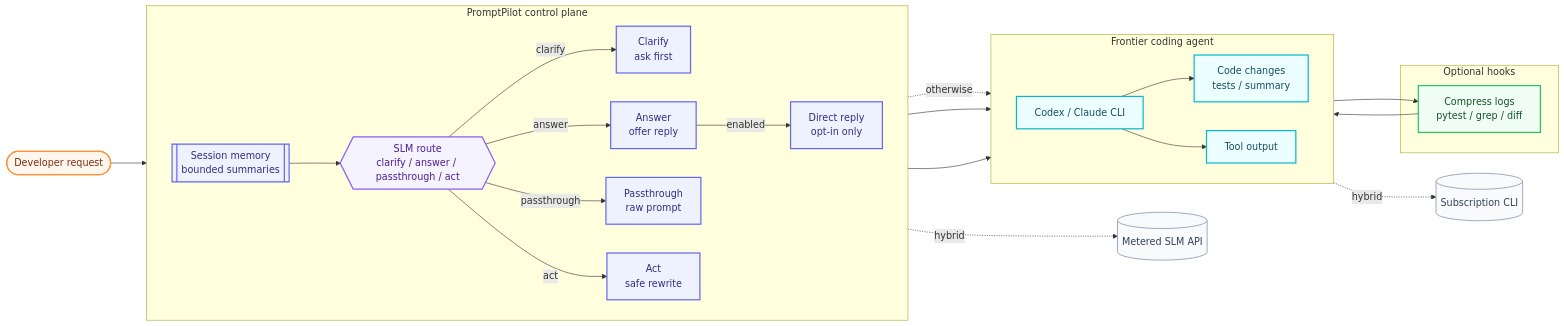
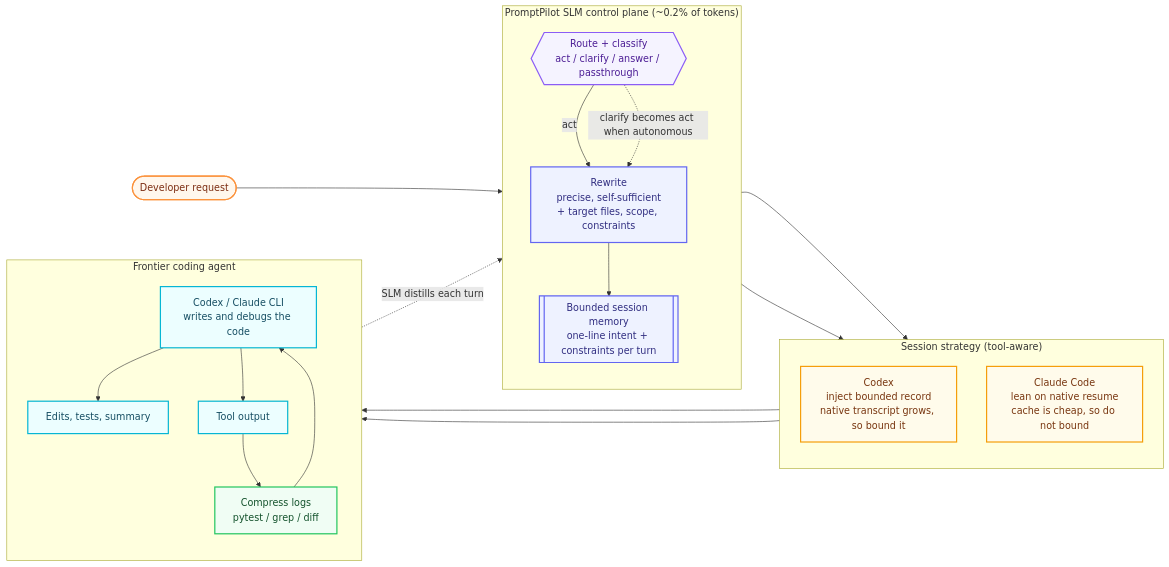
The diagram in README.md (steyangdot/PromptPilot), drawn with Mermaid before and after one commit. The commit also changed other lines of this file and 10 other files, not shown here.

First line of the commit message:
docs(release): v0.3.1 — tool-aware session strategy, clarify fix, SLM-model guidance (#40)

````diff
--- a/README.md
+++ b/README.md
@@ -36,54 +36,50 @@
 ```mermaid
-%%{init: {"flowchart": {"curve": "basis", "nodeSpacing": 48, "rankSpacing": 60}}}%%
+%%{init: {"flowchart": {"curve": "basis", "nodeSpacing": 50, "rankSpacing": 64}}}%%
 flowchart LR
   U([Developer request])
 
-  subgraph PP["PromptPilot control plane"]
-    direction LR
-    M[["Session memory<br/>bounded summaries"]]
-    C{{"SLM route<br/>clarify / answer / passthrough / act"}}
-    Q["Clarify<br/>ask first"]
-    A["Answer<br/>offer reply"]
-    D["Direct reply<br/>opt-in only"]
-    P["Passthrough<br/>raw prompt"]
-    R["Act<br/>safe rewrite"]
+  subgraph PP["PromptPilot SLM control plane (~0.2% of tokens)"]
+    direction TB
+    C{{"Route + classify<br/>act / clarify / answer / passthrough"}}
+    R["Rewrite<br/>precise, self-sufficient<br/>+ target files, scope, constraints"]
+    M[["Bounded session memory<br/>one-line intent + constraints per turn"]]
+  end
+
+  subgraph SS["Session strategy (tool-aware)"]
+    direction TB
+    K["Codex<br/>inject bounded record<br/>native transcript grows, so bound it"]
+    L["Claude Code<br/>lean on native resume<br/>cache is cheap, so do not bound"]
   end
 
   subgraph AG["Frontier coding agent"]
-    direction LR
-    F["Codex / Claude CLI"]
-    O["Code changes<br/>tests / summary"]
+    direction TB
+    F["Codex / Claude CLI<br/>writes and debugs the code"]
+    O["Edits, tests, summary"]
     T["Tool output"]
-  end
-
-  subgraph HK["Optional hooks"]
     H["Compress logs<br/>pytest / grep / diff"]
   end
 
-  U --> M --> C
-  C -->|clarify| Q
-  C -->|answer| A
-  A -->|enabled| D
-  A -.->|otherwise| F
-  C -->|passthrough| P --> F
-  C -->|act| R --> F
+  U --> C
+  C -->|act| R
+  C -. "clarify becomes act when autonomous" .-> R
+  R --> M
+  M --> K --> F
+  M --> L --> F
   F --> O
   F --> T --> H --> F
-
-  C -. "hybrid" .-> API[("Metered SLM API")]
-  F -. "hybrid" .-> SUB[("Subscription CLI")]
+  O -. "SLM distills each turn" .-> M
 
   classDef entry fill:#fff7ed,stroke:#fb923c,stroke-width:2px,color:#7c2d12;
   classDef control fill:#eef2ff,stroke:#6366f1,stroke-width:2px,color:#312e81;
   classDef route fill:#f5f3ff,stroke:#8b5cf6,stroke-width:2px,color:#4c1d95;
+  classDef sess fill:#fffbeb,stroke:#f59e0b,stroke-width:2px,color:#78350f;
   classDef agent fill:#ecfeff,stroke:#06b6d4,stroke-width:2px,color:#164e63;
   classDef hook fill:#f0fdf4,stroke:#22c55e,stroke-width:2px,color:#14532d;
-  classDef infra fill:#f8fafc,stroke:#94a3b8,stroke-width:1.5px,color:#334155;
 
   class U entry;
-  class M,Q,A,D,P,R control;
+  class R,M control;
   class C route;
+  class K,L sess;
   class F,O,T agent;
   class H hook;
-  class API,SUB infra;
 ```
````
